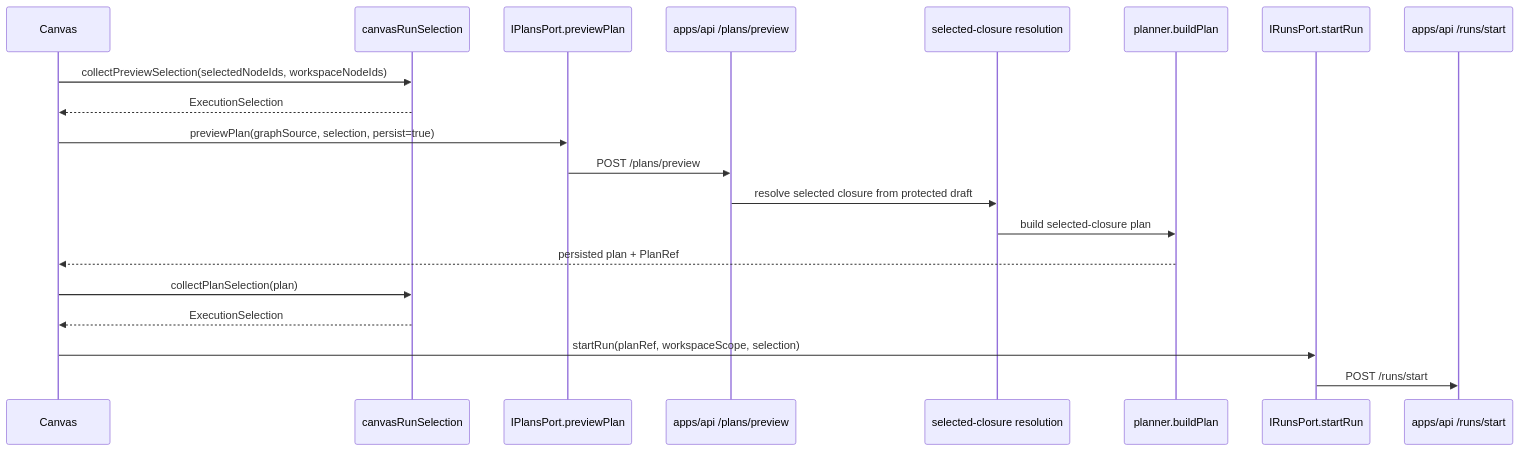
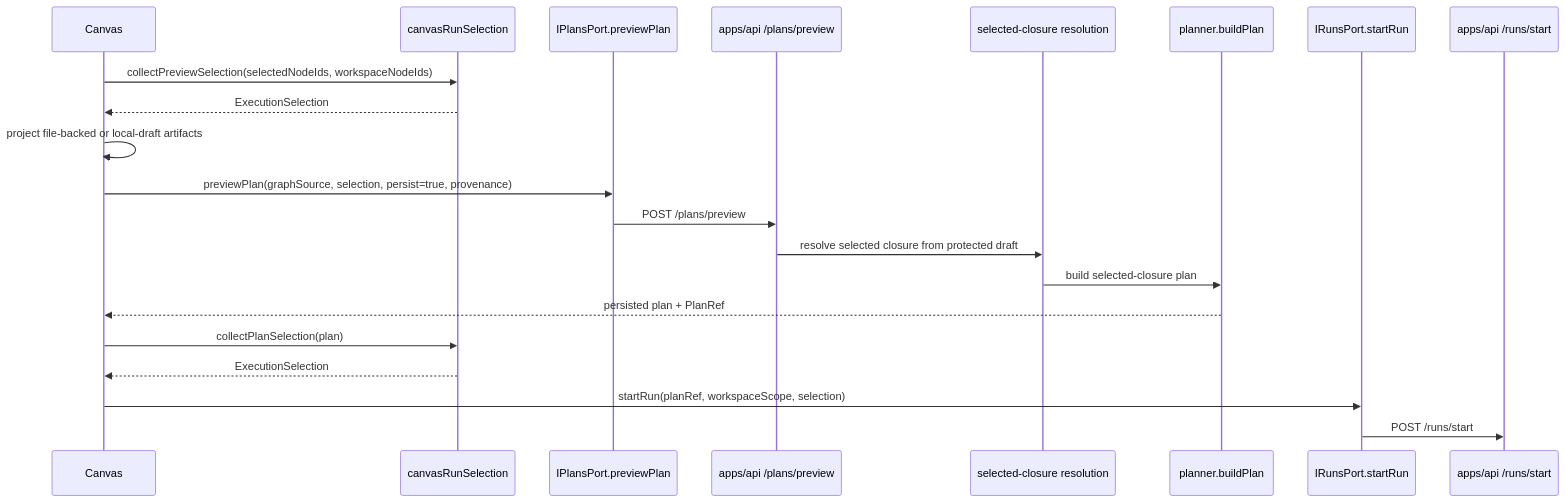
One commit to dunay2/dvt changed the third of 5 diagrams in docs/architecture/components/web/graph/canvas-execution-selection-component.md. Above: the diagram before and after it, drawn with Mermaid. The commit also changed other lines of this file and 17 other files, not shown here.

Commit message:
fix(web): Keep canvas plan and run details aligned

````diff
--- a/docs/architecture/components/web/graph/canvas-execution-selection-component.md
+++ b/docs/architecture/components/web/graph/canvas-execution-selection-component.md
@@ -101,23 +113,24 @@
 ```mermaid
 sequenceDiagram
   participant Canvas as Canvas
   participant Selection as canvasRunSelection
   participant Plans as IPlansPort.previewPlan
   participant Preview as apps/api /plans/preview
   participant Resolver as selected-closure resolution
   participant Planner as planner.buildPlan
   participant Runs as IRunsPort.startRun
   participant Start as apps/api /runs/start
 
   Canvas->>Selection: collectPreviewSelection(selectedNodeIds, workspaceNodeIds)
   Selection-->>Canvas: ExecutionSelection
-  Canvas->>Plans: previewPlan(graphSource, selection, persist=true)
+  Canvas->>Canvas: project file-backed or local-draft artifacts
+  Canvas->>Plans: previewPlan(graphSource, selection, persist=true, provenance)
   Plans->>Preview: POST /plans/preview
   Preview->>Resolver: resolve selected closure from protected draft
   Resolver->>Planner: build selected-closure plan
   Planner-->>Canvas: persisted plan + PlanRef
   Canvas->>Selection: collectPlanSelection(plan)
   Selection-->>Canvas: ExecutionSelection
   Canvas->>Runs: startRun(planRef, workspaceScope, selection)
   Runs->>Start: POST /runs/start
 ```
````
